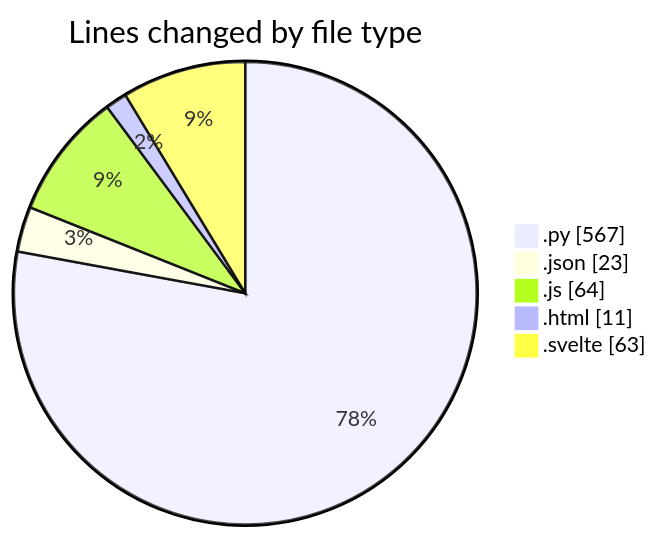
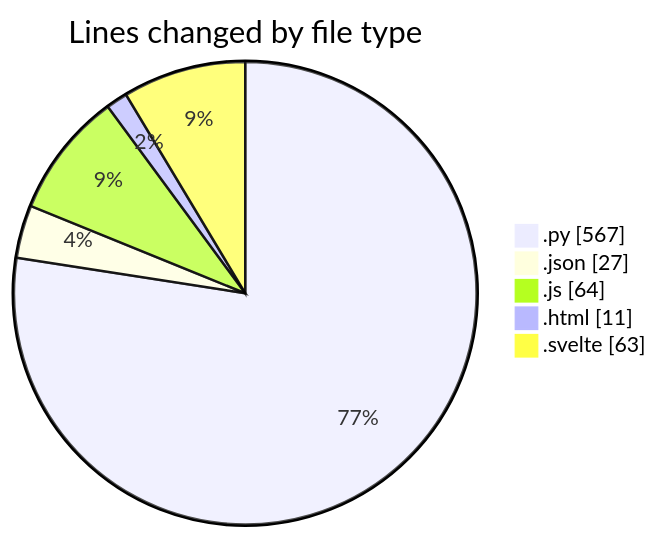
One commit to lephambinh05/code-tracking changed the first of 2 diagrams in 2025-07-10/toolsopenemalpass/README.md. Above: the diagram before and after it, drawn with Mermaid. The commit also changed other lines of this file and 1 other file, not shown here.

````diff
--- a/2025-07-10/toolsopenemalpass/README.md
+++ b/2025-07-10/toolsopenemalpass/README.md
@@ -37,9 +37,9 @@
 ```mermaid
 pie showData
 title Lines changed by file type
 ".py" : 567
-".json" : 23
+".json" : 27
 ".js" : 64
 ".html" : 11
 ".svelte" : 63
 ```
````
